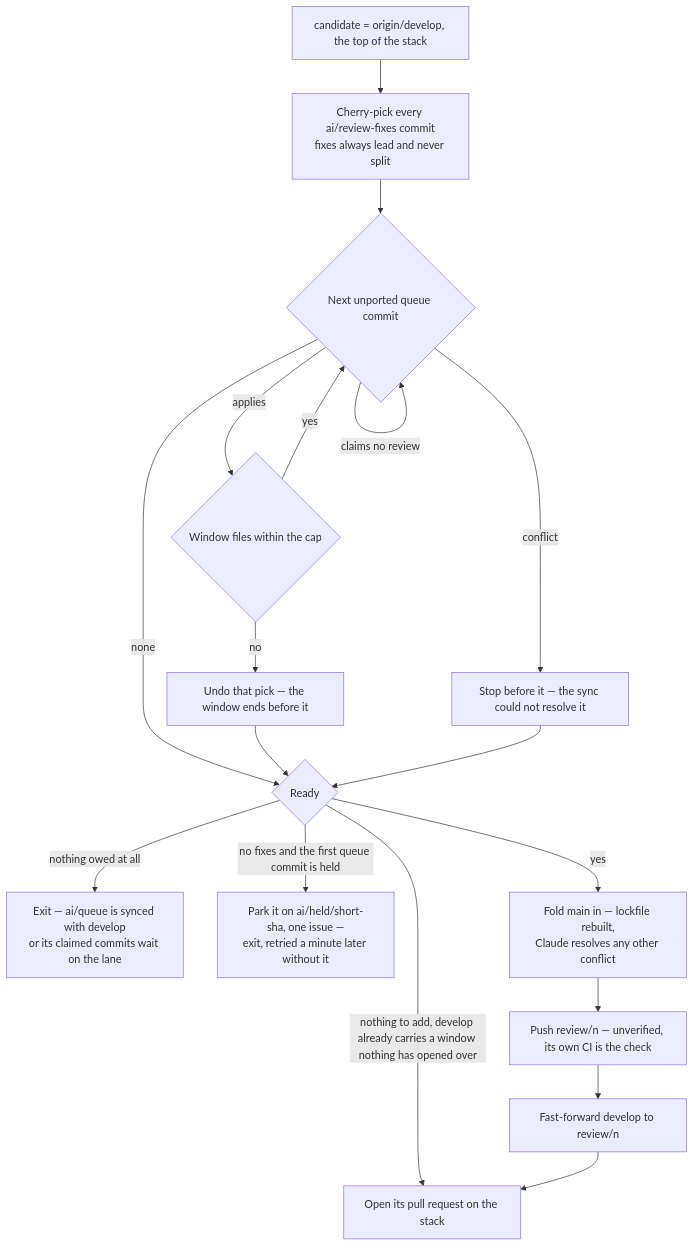
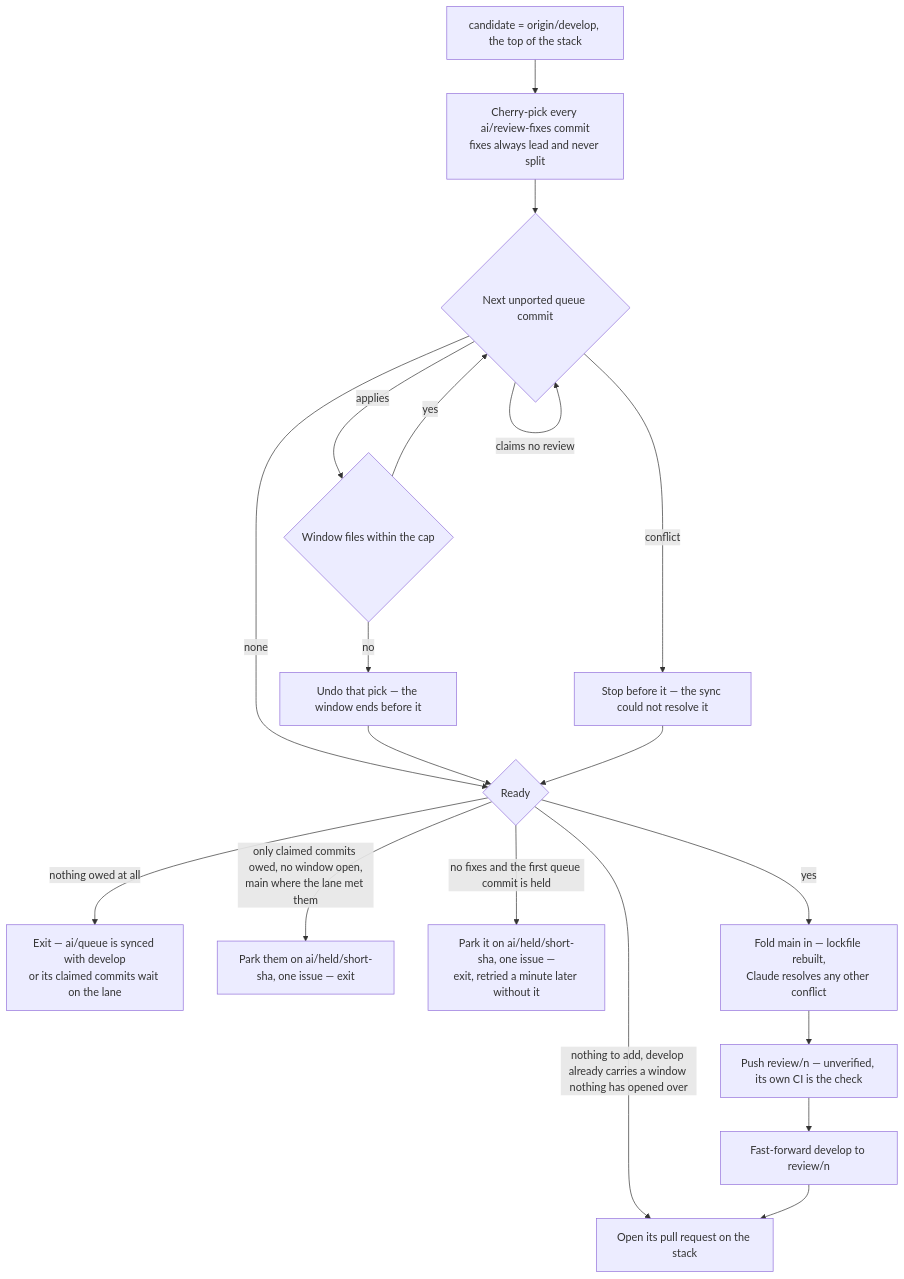
One commit to Esposter/Esposter changed the third of 3 diagrams in apps/web/content/docs/infra/review-collector/collection-cycle.md. Above: the diagram before and after it, drawn with Mermaid. The commit also changed other lines of this file and 43 other files, not shown here.

````diff
--- a/apps/web/content/docs/infra/review-collector/collection-cycle.md
+++ b/apps/web/content/docs/infra/review-collector/collection-cycle.md
@@ -123,18 +125,19 @@
 ```mermaid
 flowchart TD
   C[candidate = origin/develop, the top of the stack] --> FX[Cherry-pick every ai/review-fixes commit<br/>fixes always lead and never split]
   FX --> Q{Next unported queue commit}
   Q -->|claims no review| Q
   Q -->|none| RD
   Q -->|conflict| H[Stop before it — the sync could not resolve it]
   Q -->|applies| M{Window files within the cap}
   M -->|yes| Q
   M -->|no| U[Undo that pick — the window ends before it]
   U --> RD
   H --> RD{Ready}
   RD -->|nothing owed at all| N[Exit — ai/queue is synced with develop<br/>or its claimed commits wait on the lane]
+  RD -->|only claimed commits owed, no window open,<br/>main where the lane met them| XP[Park them on ai/held/short-sha, one issue — exit]
   RD -->|no fixes and the first queue commit is held| F[Park it on ai/held/short-sha, one issue —<br/>exit, retried a minute later without it]
   RD -->|nothing to add, develop already carries a window nothing has opened over| OP[Open its pull request on the stack]
   RD -->|yes| FM[Fold main in — lockfile rebuilt,<br/>Claude resolves any other conflict] --> P[Push review/n — unverified, its own CI is the check]
   P --> FF[Fast-forward develop to review/n] --> OP
 ```
````
